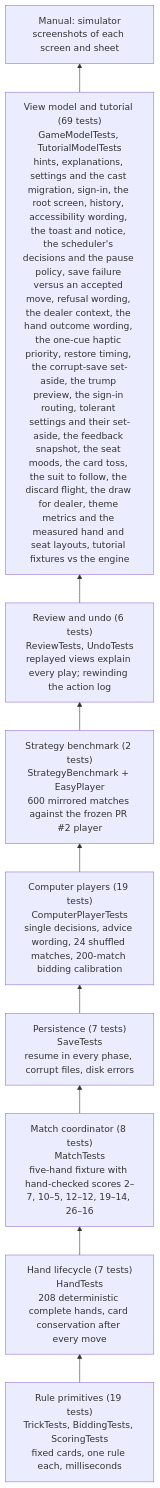
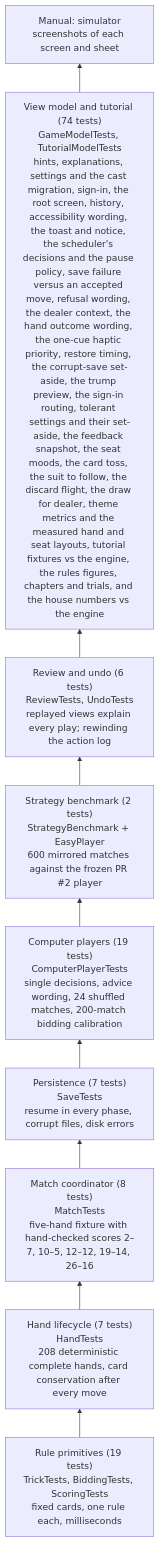
Before and after one commit to cmurphy1140/catch-5: the first of 2 diagrams in docs/testing.md, drawn with Mermaid. The commit also changed other lines of this file and 13 other files, not shown here.

First line of the commit message:
Rules sheet as a guided walk, with figures, a chapter rail and rules you can try (#30)

````diff
--- a/docs/testing.md
+++ b/docs/testing.md
@@ -40,13 +40,13 @@
 ```mermaid
 flowchart BT
     L1["Rule primitives (19 tests)<br/>TrickTests, BiddingTests, ScoringTests<br/>fixed cards, one rule each, milliseconds"]
     L2["Hand lifecycle (7 tests)<br/>HandTests<br/>208 deterministic complete hands, card conservation after every move"]
     L3["Match coordinator (8 tests)<br/>MatchTests<br/>five-hand fixture with hand-checked scores 2–7, 10–5, 12–12, 19–14, 26–16"]
     L4["Persistence (7 tests)<br/>SaveTests<br/>resume in every phase, corrupt files, disk errors"]
     L5["Computer players (19 tests)<br/>ComputerPlayerTests<br/>single decisions, advice wording, 24 shuffled matches, 200-match bidding calibration"]
     L5b["Strategy benchmark (2 tests)<br/>StrategyBenchmark + EasyPlayer<br/>600 mirrored matches against the frozen PR #2 player"]
     L5c["Review and undo (6 tests)<br/>ReviewTests, UndoTests<br/>replayed views explain every play; rewinding the action log"]
-    L6["View model and tutorial (69 tests)<br/>GameModelTests, TutorialModelTests<br/>hints, explanations, settings and the cast migration, sign-in, the root screen, history, accessibility wording, the toast and notice, the scheduler's decisions and the pause policy, save failure versus an accepted move, refusal wording, the dealer context, the hand outcome wording, the one-cue haptic priority, restore timing, the corrupt-save set-aside, the trump preview, the sign-in routing, tolerant settings and their set-aside, the feedback snapshot, the seat moods, the card toss, the suit to follow, the discard flight, the draw for dealer, theme metrics and the measured hand and seat layouts, tutorial fixtures vs the engine"]
+    L6["View model and tutorial (74 tests)<br/>GameModelTests, TutorialModelTests<br/>hints, explanations, settings and the cast migration, sign-in, the root screen, history, accessibility wording, the toast and notice, the scheduler's decisions and the pause policy, save failure versus an accepted move, refusal wording, the dealer context, the hand outcome wording, the one-cue haptic priority, restore timing, the corrupt-save set-aside, the trump preview, the sign-in routing, tolerant settings and their set-aside, the feedback snapshot, the seat moods, the card toss, the suit to follow, the discard flight, the draw for dealer, theme metrics and the measured hand and seat layouts, tutorial fixtures vs the engine, the rules figures, chapters and trials, and the house numbers vs the engine"]
     L7["Manual: simulator<br/>screenshots of each screen and sheet"]
     L1 --> L2 --> L3 --> L4 --> L5 --> L5b --> L5c --> L6 --> L7
 ```
````
